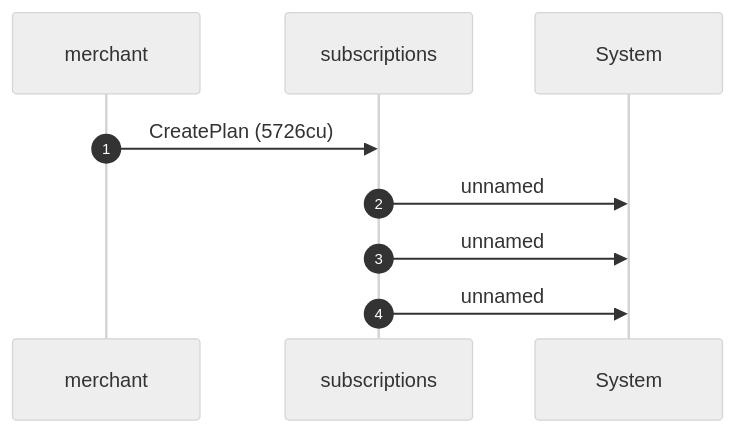
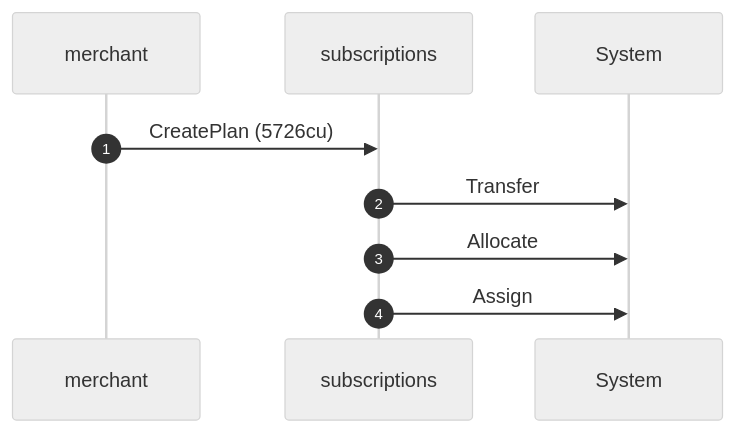
One commit to cds-rs/subscriptions changed the first of 4 diagrams in dsl_tests/survive-a-pre-funded-plan-pda.md. Above: the diagram before and after it, drawn with Mermaid (neutral theme). The commit also changed other lines of this file and 219 other files, not shown here.

````diff
--- a/dsl_tests/survive-a-pre-funded-plan-pda.md
+++ b/dsl_tests/survive-a-pre-funded-plan-pda.md
@@ -25,11 +25,11 @@
 ```mermaid
 sequenceDiagram
     autonumber
     participant merchant
     participant subscriptions
     participant System
     merchant ->> subscriptions: CreatePlan (5726cu)
-    subscriptions ->> System: unnamed
-    subscriptions ->> System: unnamed
-    subscriptions ->> System: unnamed
+    subscriptions ->> System: Transfer
+    subscriptions ->> System: Allocate
+    subscriptions ->> System: Assign
 ```
````
